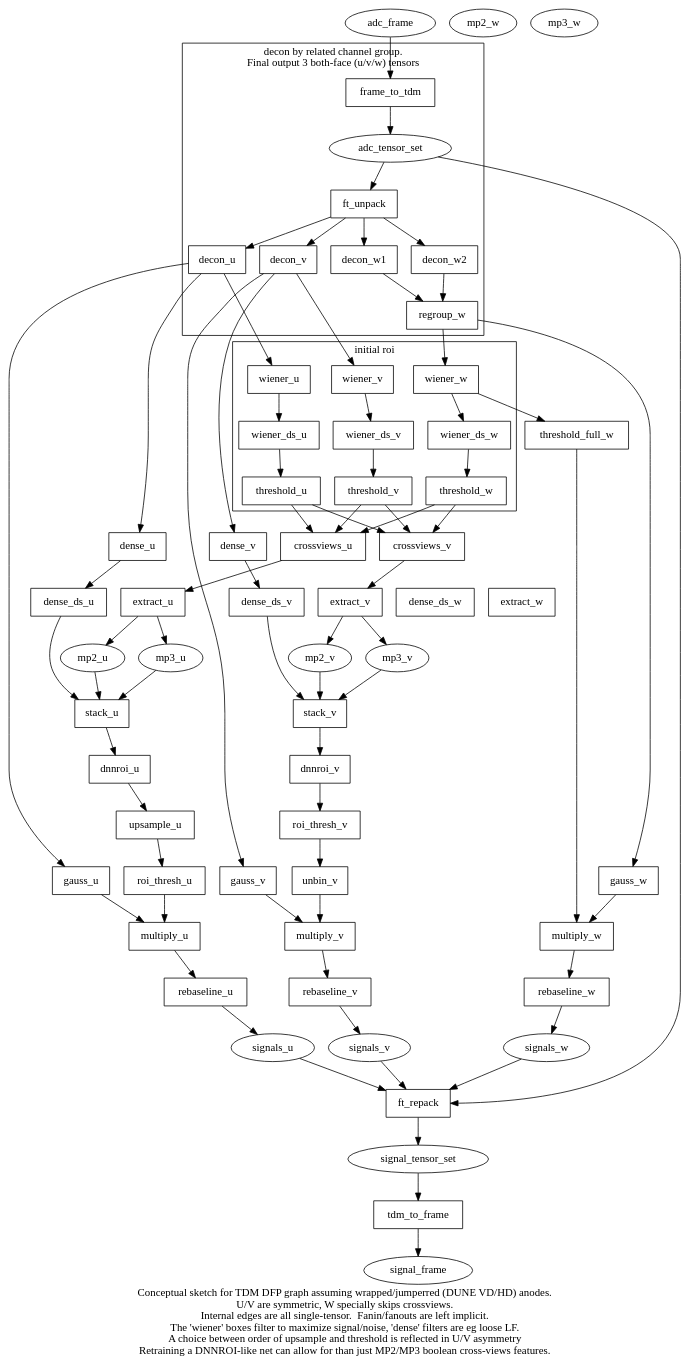
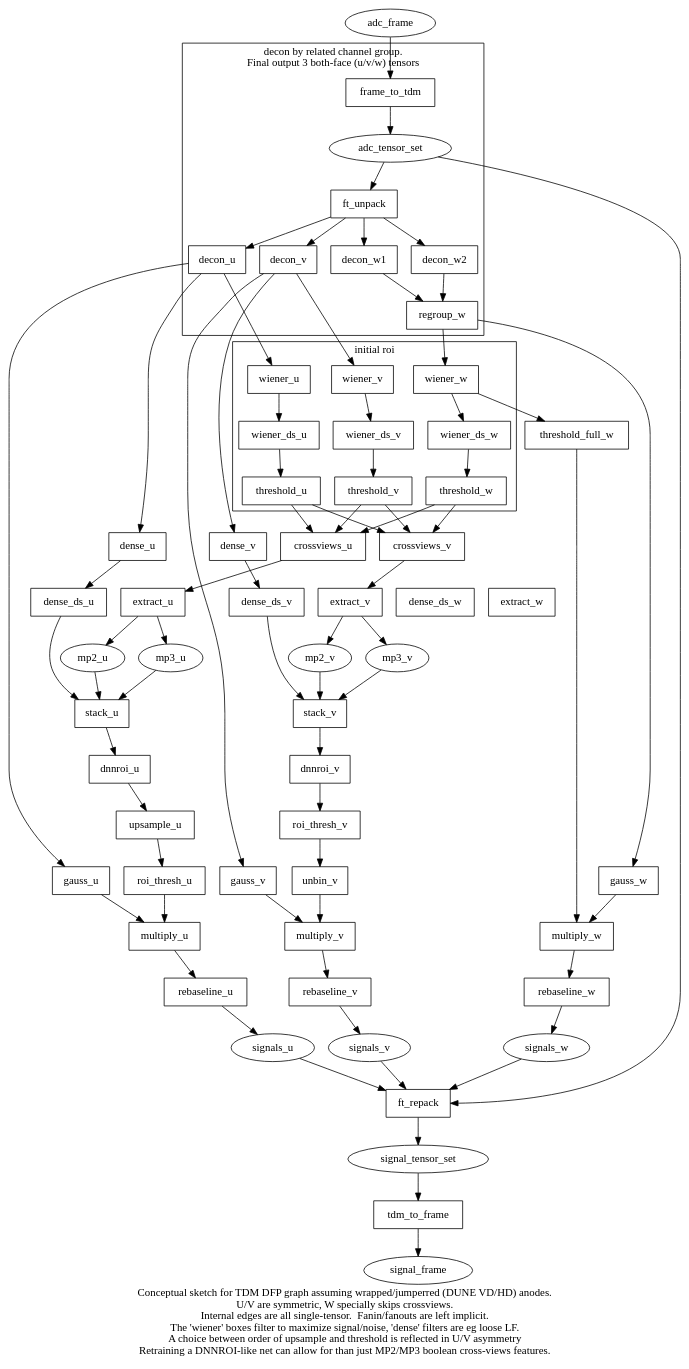
The diagram in spng/docs/tdm-dfp-sketch.dot (WireCell/wire-cell-toolkit), drawn with Graphviz before and after one commit. The commit also changed 3 other files, not shown here.

```diff
--- a/spng/docs/tdm-dfp-sketch.dot
+++ b/spng/docs/tdm-dfp-sketch.dot
@@ -1,79 +1,77 @@
 digraph tdm {
 
     // graph [splines=ortho];
 
     label="Conceptual sketch for TDM DFP graph assuming wrapped/jumperred (DUNE VD/HD) anodes.\nU/V are symmetric, W specially skips crossviews.\nInternal edges are all single-tensor.  Fanin/fanouts are left implicit.\nThe 'wiener' boxes filter to maximize signal/noise, 'dense' filters are eg loose LF.\nA choice between order of upsample and threshold is reflected in U/V asymmetry\nRetraining a DNNROI-like net can allow for than just MP2/MP3 boolean cross-views features."
 
     node[shape=ellipse]
     adc_frame
     signals_v signals_u signals_w
     signal_frame
     mp2_u mp3_u
     mp2_v mp3_v
-    mp2_w mp3_w
     signal_tensor_set
     node[shape=box]
 
     {rank=same dense_u->dense_v->crossviews_u->crossviews_v[style=invis]}
     {rank=same dense_ds_u->extract_u->dense_ds_v->extract_v->dense_ds_w->extract_w[style=invis]}
     decon_u->decon_v->decon_w1->decon_w2 [style=invis]    
     crossviews_u->crossviews_v[style=invis]
     {rank=same mp2_u->mp3_u[style=invis]}
     {rank=same mp2_v->mp3_v[style=invis]}
-    {rank=same mp2_w->mp3_w[style=invis]}
     {rank=same gauss_u->roi_thresh_u->gauss_v->unbin_v->gauss_w[style=invis]}
 
     subgraph cluster_decon {
         label="decon by related channel group.\nFinal output 3 both-face (u/v/w) tensors "
         adc_tensor_set[shape=ellipse]
         frame_to_tdm
         ft_unpack
         regroup_w
         {rank=same decon_u, decon_v, decon_w1, decon_w2}        
 
     }
     subgraph cluster_initroi {
         label="initial roi"
         {rank=same wiener_u->wiener_v->wiener_w[style=invis]}
         {rank=same wiener_ds_u->wiener_ds_v->wiener_ds_w[style=invis]}
         {rank=same threshold_u->threshold_v->threshold_w[style=invis]}
         
     }
 
     adc_frame->frame_to_tdm->adc_tensor_set->ft_unpack
     ft_unpack->decon_u->gauss_u
     ft_unpack->decon_v->gauss_v
     ft_unpack->decon_w1->regroup_w
     ft_unpack->decon_w2->regroup_w->gauss_w
 
     decon_u->wiener_u->wiener_ds_u->threshold_u
     decon_v->wiener_v->wiener_ds_v->threshold_v
     regroup_w->wiener_w->wiener_ds_w->threshold_w
 
     threshold_u->crossviews_u
     threshold_v->crossviews_u
     threshold_w->crossviews_u->extract_u
     extract_u->mp2_u->stack_u
     extract_u->mp3_u->stack_u
 
     threshold_u->crossviews_v
     threshold_v->crossviews_v
     threshold_w->crossviews_v->extract_v
     extract_v->mp2_v->stack_v
     extract_v->mp3_v->stack_v
 
     decon_u->dense_u->dense_ds_u->stack_u
     decon_v->dense_v->dense_ds_v->stack_v
 
     stack_u->dnnroi_u->upsample_u->roi_thresh_u->multiply_u
     stack_v->dnnroi_v->roi_thresh_v->unbin_v->multiply_v
     wiener_w->threshold_full_w->multiply_w
 
     adc_tensor_set->ft_repack
     gauss_u->multiply_u->rebaseline_u->signals_u->ft_repack
     gauss_v->multiply_v->rebaseline_v->signals_v->ft_repack
     gauss_w->multiply_w->rebaseline_w->signals_w->ft_repack
 
     ft_repack->signal_tensor_set->tdm_to_frame->signal_frame
 
 }
```
